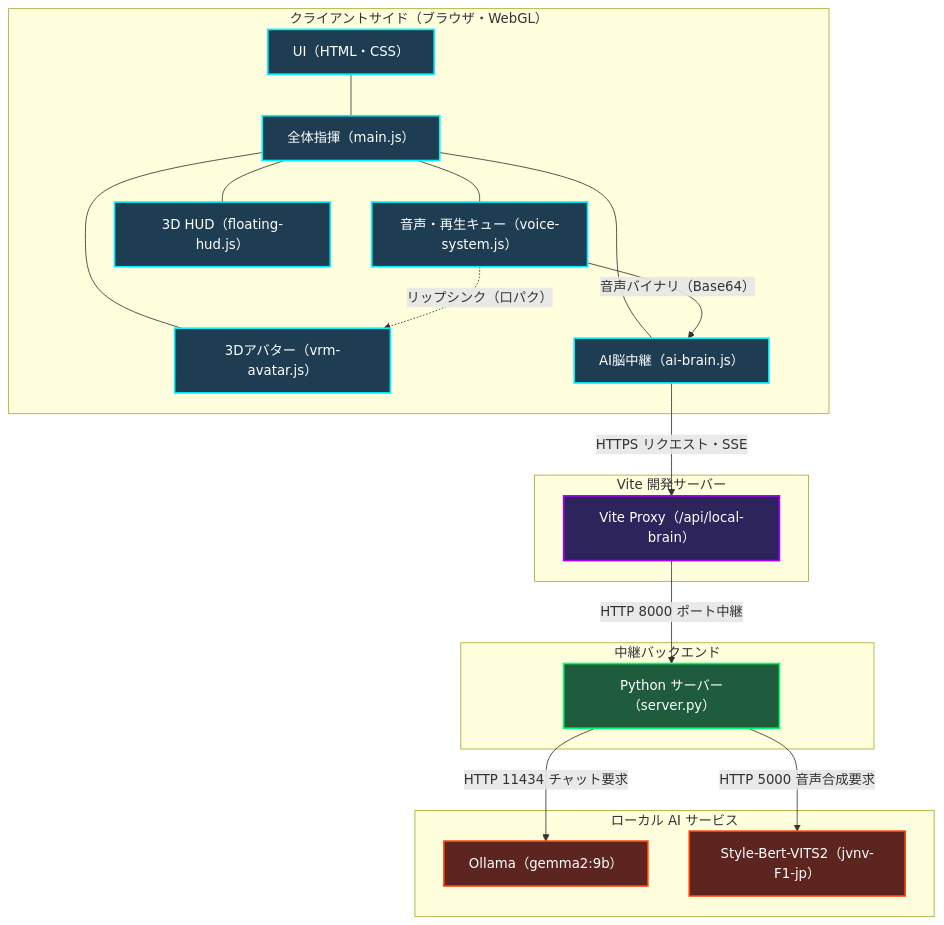
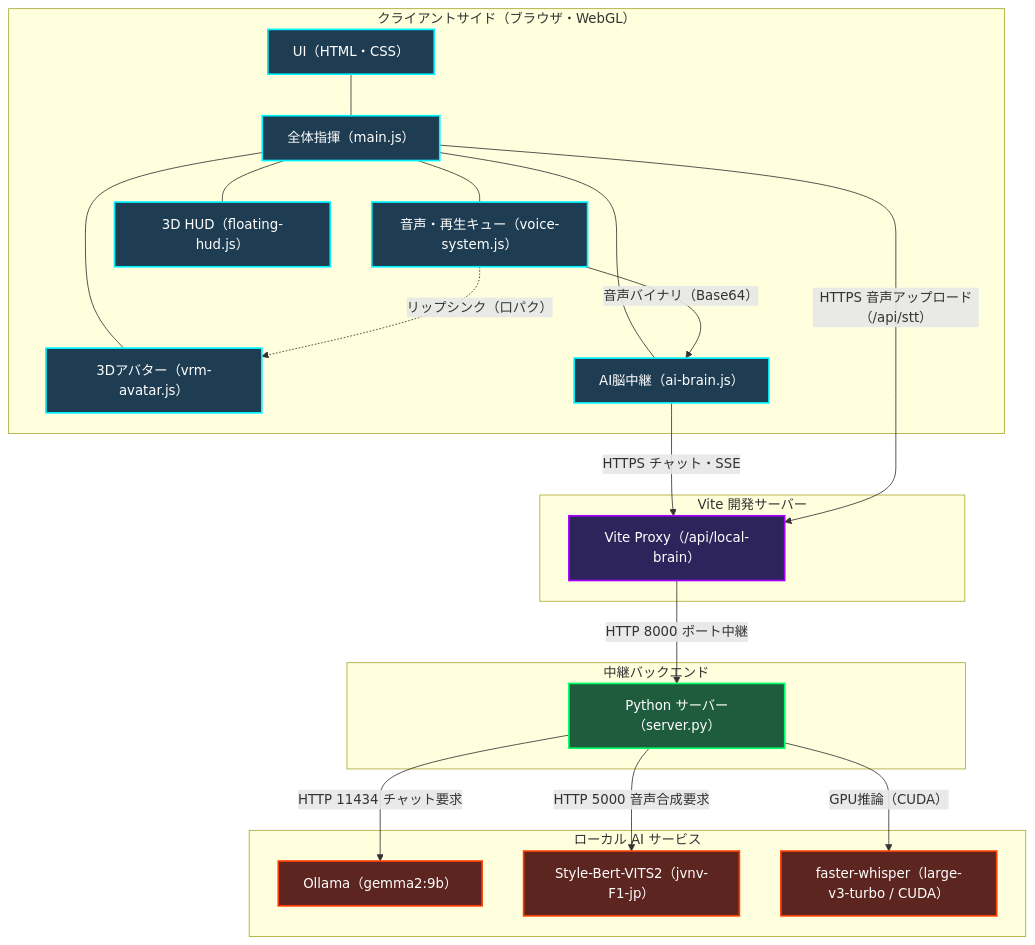
One commit to ohban730/alpha-synapse changed the first of 4 diagrams in docs/architecture.md. Above: the diagram before and after it, drawn with Mermaid. The commit also changed other lines of this file and 6 other files, not shown here.

First line of the commit message:
feat(stt): implement local speech-to-text (STT) with faster-whisper

````diff
--- a/docs/architecture.md
+++ b/docs/architecture.md
@@ -65,40 +65,43 @@
 ```mermaid
 graph TD
     subgraph Client ["クライアントサイド（ブラウザ・WebGL）"]
         A["UI（HTML・CSS）"] --- B["全体指揮（main.js）"]
         B --- C["3Dアバター（vrm-avatar.js）"]
         B --- D["AI脳中継（ai-brain.js）"]
         B --- E["音声・再生キュー（voice-system.js）"]
         B --- F["3D HUD（floating-hud.js）"]
         E -. "リップシンク（口パク）" .-> C
     end
 
     subgraph DevServer ["Vite 開発サーバー"]
         G["Vite Proxy（/api/local-brain）"]
     end
 
     subgraph Backend ["中継バックエンド"]
         H["Python サーバー（server.py）"]
     end
 
     subgraph LocalAI ["ローカル AI サービス"]
         I["Ollama（gemma2:9b）"]
         J["Style-Bert-VITS2（jvnv-F1-jp）"]
+        K["faster-whisper（large-v3-turbo / CUDA）"]
     end
 
-    D -->|"HTTPS リクエスト・SSE"| G
+    D -->|"HTTPS チャット・SSE"| G
+    B -->|"HTTPS 音声アップロード（/api/stt）"| G
     G -->|"HTTP 8000 ポート中継"| H
     H -->|"HTTP 11434 チャット要求"| I
     H -->|"HTTP 5000 音声合成要求"| J
+    H -->|"GPU推論（CUDA）"| K
     E -->|"音声バイナリ（Base64）"| D
 
     classDef client fill:#1f3d52,stroke:#00f3ff,stroke-width:2px,color:#fff;
     classDef proxy fill:#2e245c,stroke:#a600ff,stroke-width:2px,color:#fff;
     classDef backend fill:#1f5c3d,stroke:#00ff66,stroke-width:2px,color:#fff;
     classDef ai fill:#5c251f,stroke:#ff3c00,stroke-width:2px,color:#fff;
 
     class A,B,C,D,E,F client;
     class G proxy;
     class H backend;
-    class I,J ai;
+    class I,J,K ai;
 ```
````
